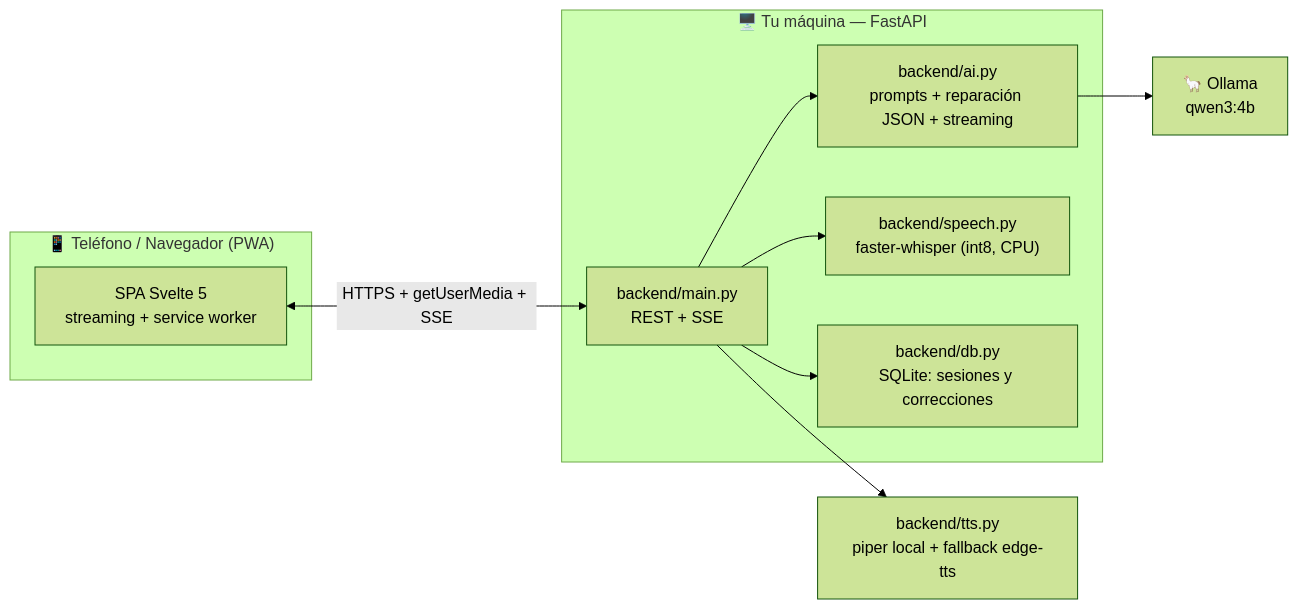
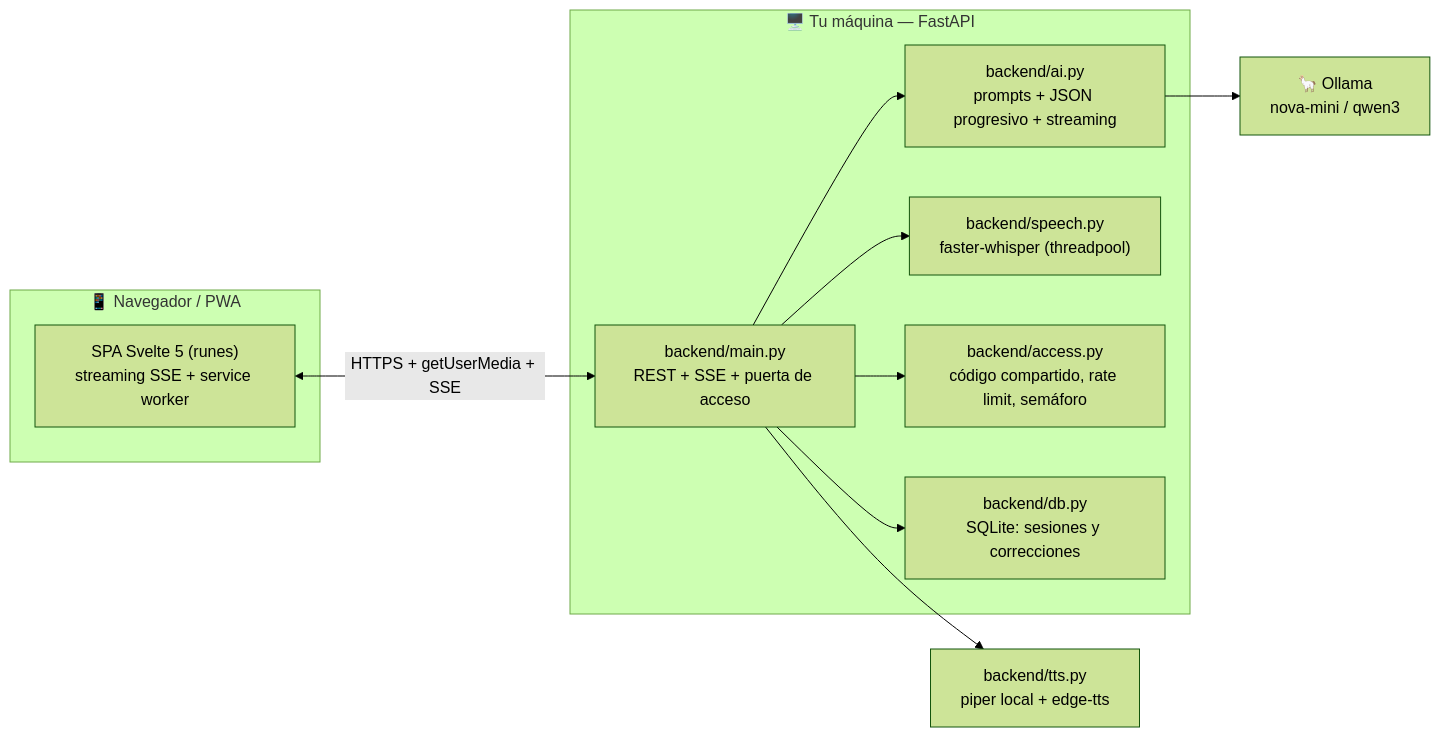
One commit to breynerciro/practicespeak-AI changed the diagram in README.md. Above: the diagram before and after it, drawn with Mermaid (forest theme). The commit also changed other lines of this file, not shown here.

Commit message:
docs: add project README with installation and architecture details

````diff
--- a/README.md
+++ b/README.md
@@ -33,20 +134,22 @@
 ```mermaid
 flowchart LR
-    subgraph Phone["📱 Teléfono / Navegador (PWA)"]
-        UI["SPA Svelte 5\nstreaming + service worker"]
+    subgraph Phone["📱 Navegador / PWA"]
+        UI["SPA Svelte 5 (runes)\nstreaming SSE + service worker"]
     end
     subgraph Server["🖥️ Tu máquina — FastAPI"]
-        API["backend/main.py\nREST + SSE"]
-        AI["backend/ai.py\nprompts + reparación JSON + streaming"]
-        SP["backend/speech.py\nfaster-whisper (int8, CPU)"]
+        API["backend/main.py\nREST + SSE + puerta de acceso"]
+        AI["backend/ai.py\nprompts + JSON progresivo + streaming"]
+        SP["backend/speech.py\nfaster-whisper (threadpool)"]
+        AC["backend/access.py\ncódigo compartido, rate limit, semáforo"]
         DB["backend/db.py\nSQLite: sesiones y correcciones"]
     end
-    O["🦙 Ollama\nqwen3:4b"]
-    T["backend/tts.py\npiper local + fallback edge-tts"]
+    O["🦙 Ollama\nnova-mini / qwen3"]
+    T["backend/tts.py\npiper local + edge-tts"]
 
     UI <-->|HTTPS + getUserMedia + SSE| API
     API --> AI --> O
     API --> SP
+    API --> AC
     API --> DB
     API --> T
 ```
````
